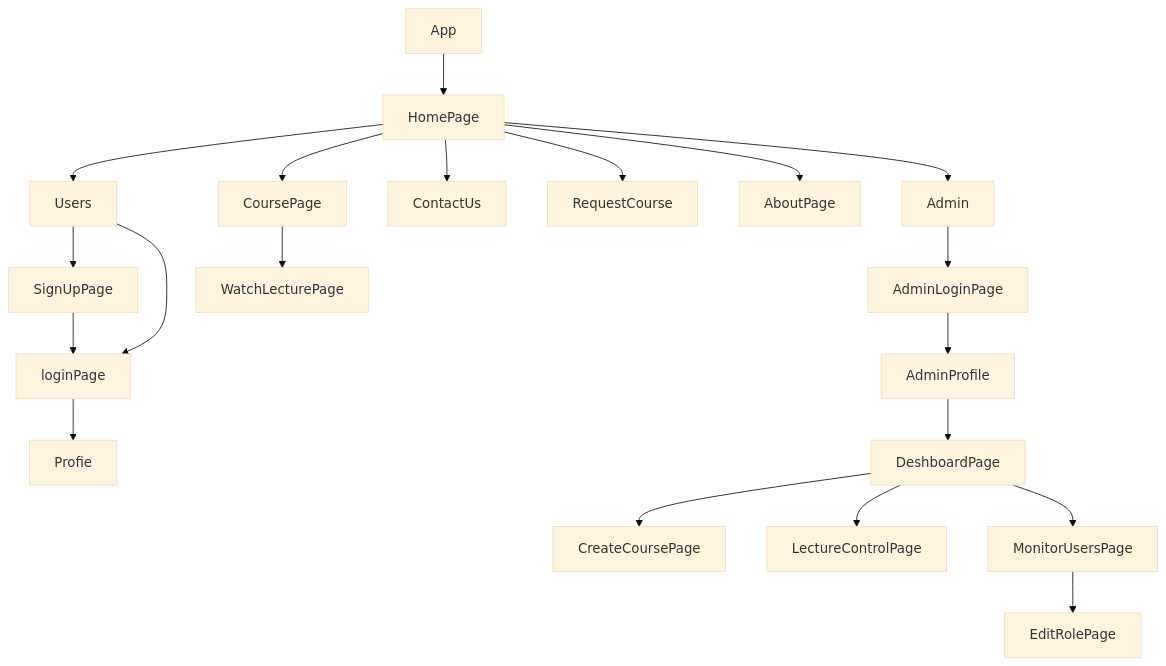
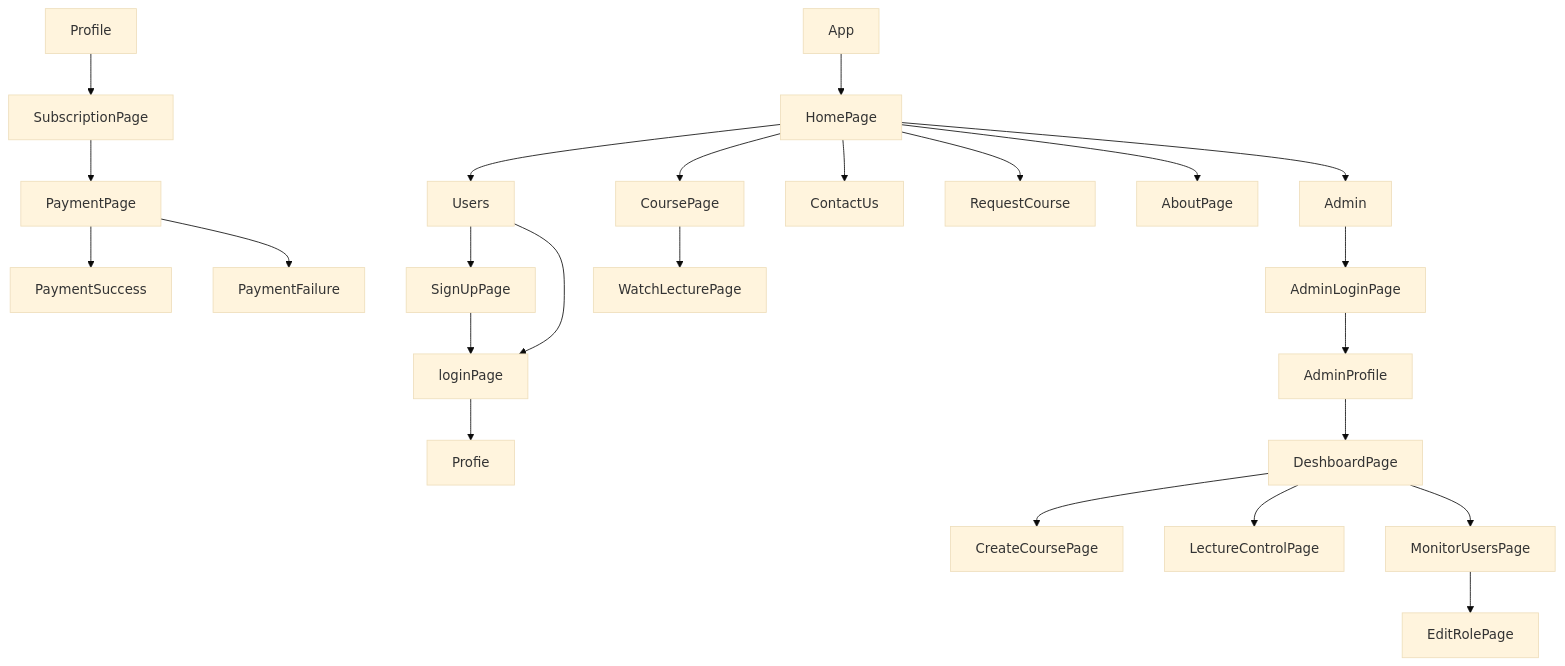
The diagram in README.md (mrprincesingh/courseappfrontend), drawn with Mermaid (base theme) before and after one commit.

````diff
--- a/README.md
+++ b/README.md
@@ -150,23 +150,27 @@
 ```mermaid
 graph TD;
     App-->HomePage
     HomePage-->Users;
     Users-->SignUpPage;
     Users-->loginPage;
       SignUpPage-->loginPage;
        loginPage-->Profie;
+Profile --> SubscriptionPage
+SubscriptionPage --> PaymentPage
+PaymentPage--> PaymentSuccess
+PaymentPage --> PaymentFailure
  HomePage --> CoursePage
 CoursePage--> WatchLecturePage
  HomePage --> ContactUs
  HomePage --> RequestCourse
  HomePage --> AboutPage
        HomePage --> Admin
        Admin --> AdminLoginPage
        AdminLoginPage--> AdminProfile
       AdminProfile--> DeshboardPage
        DeshboardPage-->CreateCoursePage
        DeshboardPage--> LectureControlPage
        DeshboardPage--> MonitorUsersPage
        MonitorUsersPage--> EditRolePage
      
 ```
````
